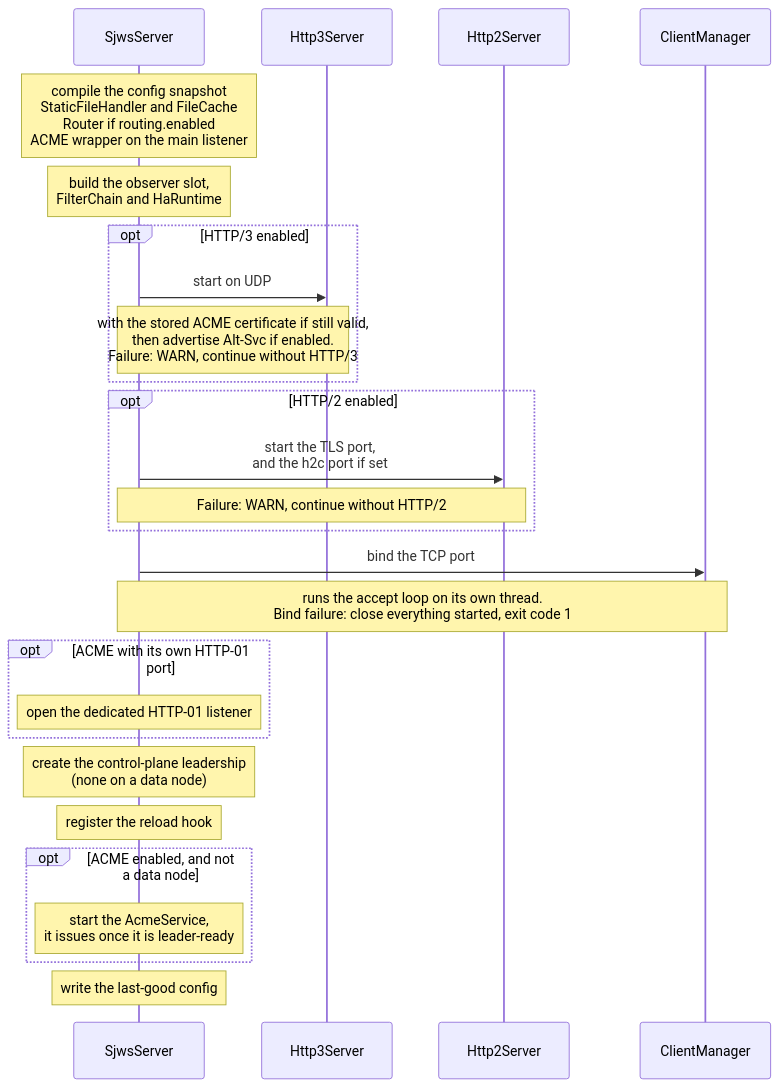
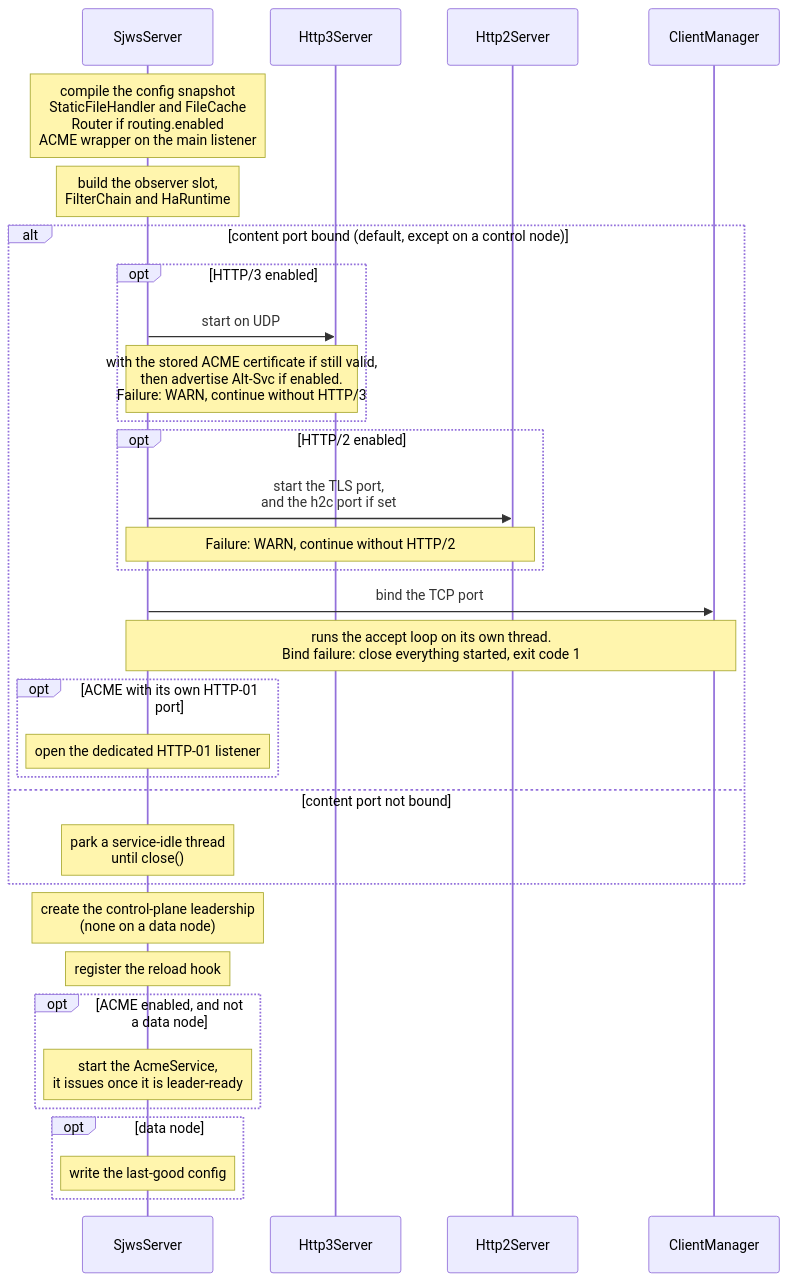
The second of 5 diagrams in docs/design/architecture.md (BlivionIaG/sjws_nettask), drawn with Mermaid before and after one commit. The commit also changed other lines of this file and 14 other files, not shown here.

````diff
--- a/docs/design/architecture.md
+++ b/docs/design/architecture.md
@@ -68,29 +68,35 @@
 ```mermaid
 sequenceDiagram
     participant S as SjwsServer
     participant H3 as Http3Server
     participant H2 as Http2Server
     participant CM as ClientManager
 
     Note over S: compile the config snapshot<br/>StaticFileHandler and FileCache<br/>Router if routing.enabled<br/>ACME wrapper on the main listener
     Note over S: build the observer slot,<br/>FilterChain and HaRuntime
-    opt HTTP/3 enabled
-        S->>H3: start on UDP
-        Note over S,H3: with the stored ACME certificate if still valid,<br/>then advertise Alt-Svc if enabled.<br/>Failure: WARN, continue without HTTP/3
-    end
-    opt HTTP/2 enabled
-        S->>H2: start the TLS port,<br/>and the h2c port if set
-        Note over S,H2: Failure: WARN, continue without HTTP/2
-    end
-    S->>CM: bind the TCP port
-    Note over S,CM: runs the accept loop on its own thread.<br/>Bind failure: close everything started, exit code 1
-    opt ACME with its own HTTP-01 port
-        Note over S: open the dedicated HTTP-01 listener
+    alt content port bound (default, except on a control node)
+        opt HTTP/3 enabled
+            S->>H3: start on UDP
+            Note over S,H3: with the stored ACME certificate if still valid,<br/>then advertise Alt-Svc if enabled.<br/>Failure: WARN, continue without HTTP/3
+        end
+        opt HTTP/2 enabled
+            S->>H2: start the TLS port,<br/>and the h2c port if set
+            Note over S,H2: Failure: WARN, continue without HTTP/2
+        end
+        S->>CM: bind the TCP port
+        Note over S,CM: runs the accept loop on its own thread.<br/>Bind failure: close everything started, exit code 1
+        opt ACME with its own HTTP-01 port
+            Note over S: open the dedicated HTTP-01 listener
+        end
+    else content port not bound
+        Note over S: park a service-idle thread<br/>until close()
     end
     Note over S: create the control-plane leadership<br/>(none on a data node)
     Note over S: register the reload hook
     opt ACME enabled, and not a data node
         Note over S: start the AcmeService,<br/>it issues once it is leader-ready
     end
-    Note over S: write the last-good config
+    opt data node
+        Note over S: write the last-good config
+    end
 ```
````
